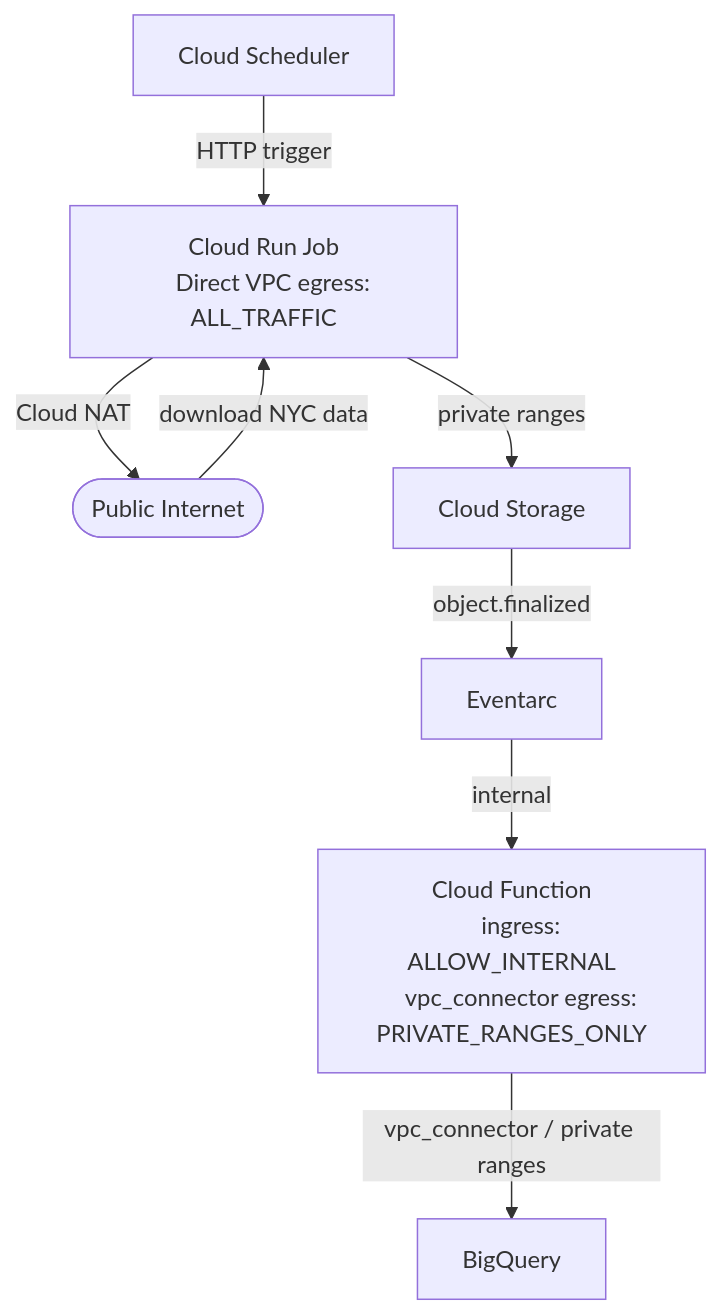
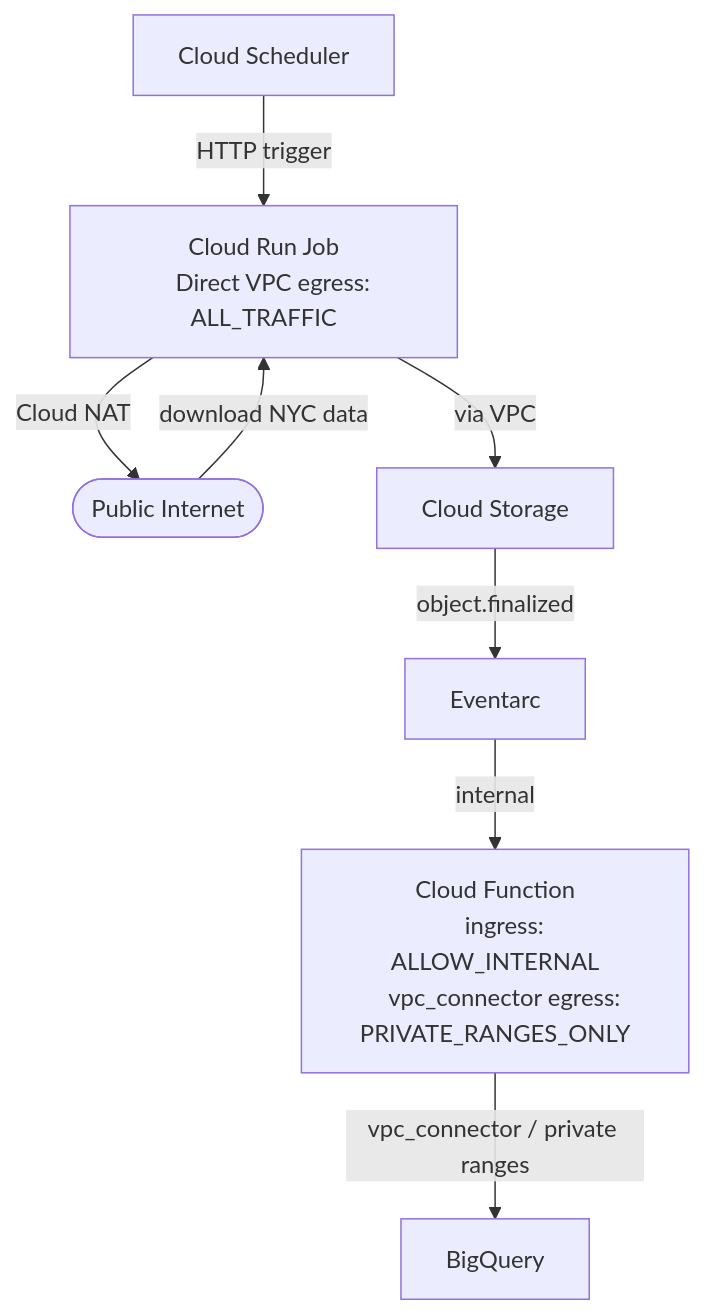
One commit to messaoudia/nyc-taxi-gcp-pipeline changed the diagram in README.md. Above: the diagram before and after it, drawn with Mermaid.

Commit message:
upload flowchart

````diff
--- a/README.md
+++ b/README.md
@@ -27,20 +27,20 @@
 ```mermaid
 flowchart TD
     CS["Cloud Scheduler"] -->|"HTTP trigger"| CRJ
 
     CRJ["Cloud Run Job
     Direct VPC egress: ALL_TRAFFIC"]
 
     CRJ -->|"Cloud NAT"| Internet(["Public Internet"])
     Internet -->|"download NYC data"| CRJ
 
-    CRJ -->|"private ranges"| GCS["Cloud Storage"]
+    CRJ -->|"via VPC"| GCS["Cloud Storage"]
 
     GCS -->|"object.finalized"| EA["Eventarc"] -->|"internal"| CF
 
     CF["Cloud Function
     ingress: ALLOW_INTERNAL
     vpc_connector egress: PRIVATE_RANGES_ONLY"]
 
     CF -->|"vpc_connector / private ranges"| BQ["BigQuery"]
 ```
````
